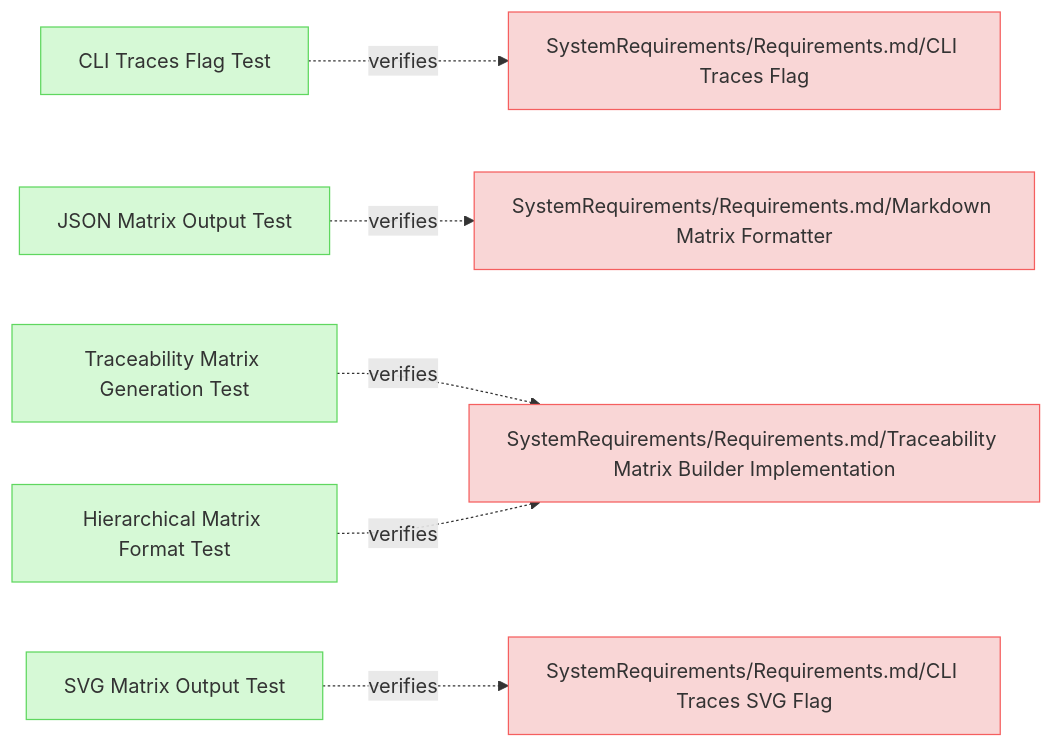
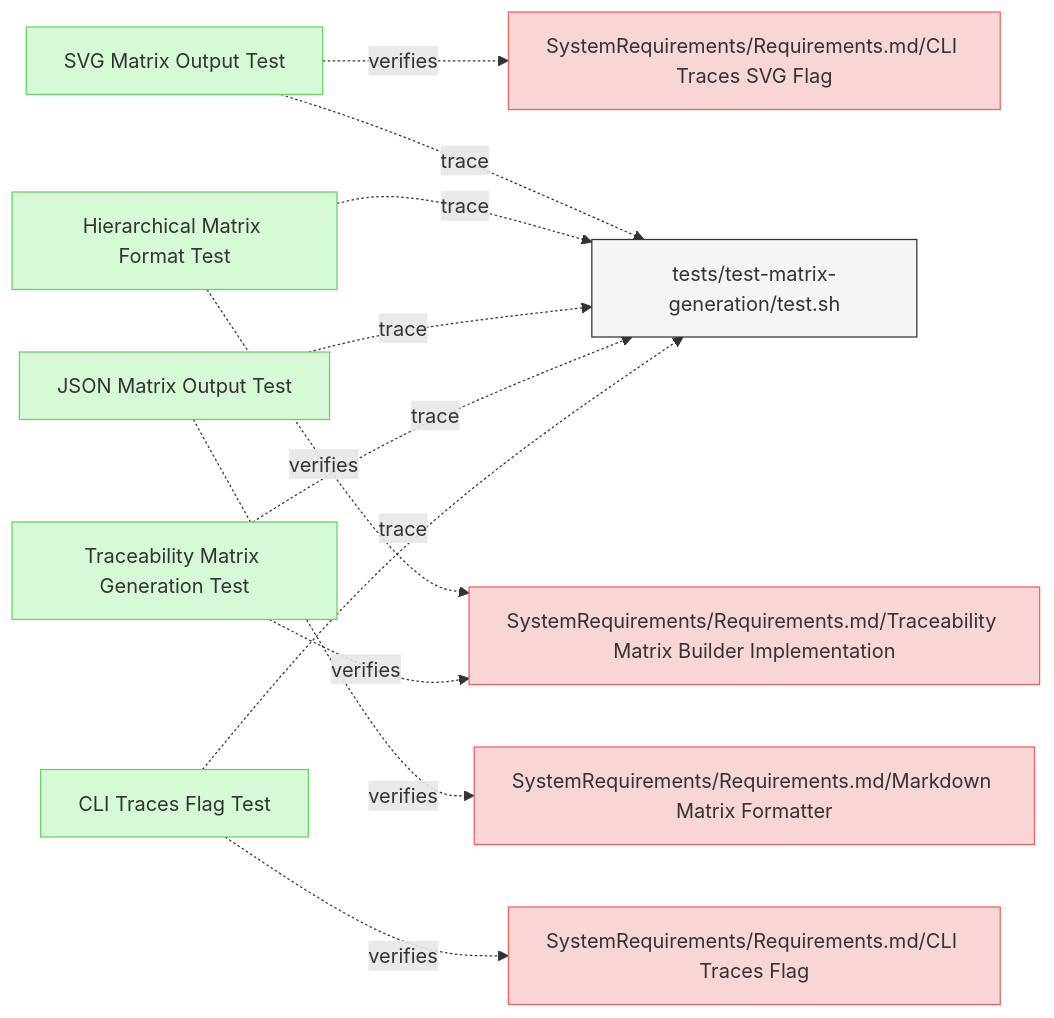
The diagram in specifications/Verifications/TreacibilityMatrix.md (reqvire-org/reqvire), drawn with Mermaid before and after one commit. The commit also changed 56 other files, not shown here.

````diff
--- a/specifications/Verifications/TreacibilityMatrix.md
+++ b/specifications/Verifications/TreacibilityMatrix.md
@@ -6,41 +6,49 @@
 ```mermaid
 graph LR;
   %% Graph styling
   classDef requirement fill:#f9d6d6,stroke:#f55f5f,stroke-width:1px;
   classDef verification fill:#d6f9d6,stroke:#5fd75f,stroke-width:1px;
   classDef externalLink fill:#d0e0ff,stroke:#3080ff,stroke-width:1px;
   classDef default fill:#f5f5f5,stroke:#333333,stroke-width:1px;
 
+  7d354a1a2d95e7df["SVG Matrix Output Test"];
+  click 7d354a1a2d95e7df "https://github.com/ilijaljubicic/ReqFlow/blob/29a17f176519a28e973567d4102beb95f41075ed/specifications/Verifications/TreacibilityMatrix.md#svg-matrix-output-test";
+  class 7d354a1a2d95e7df verification;
+  1ffba11189b9b4c8["SystemRequirements/Requirements.md/CLI Traces SVG Flag"];
+  class 1ffba11189b9b4c8 requirement;
+  click 1ffba11189b9b4c8 "https://github.com/ilijaljubicic/ReqFlow/blob/29a17f176519a28e973567d4102beb95f41075ed/specifications/SystemRequirements/Requirements.md#cli-traces-svg-flag";
+  7d354a1a2d95e7df -.->|verifies| 1ffba11189b9b4c8;
+  aff73dbcfd69f934["tests/test-matrix-generation/test.sh"];
+  class aff73dbcfd69f934 default;
+  click aff73dbcfd69f934 "https://github.com/ilijaljubicic/ReqFlow/blob/29a17f176519a28e973567d4102beb95f41075ed/tests/test-matrix-generation/test.sh";
+  7d354a1a2d95e7df -.->|trace| aff73dbcfd69f934;
+  3428f775a68e0b22["Hierarchical Matrix Format Test"];
+  click 3428f775a68e0b22 "https://github.com/ilijaljubicic/ReqFlow/blob/29a17f176519a28e973567d4102beb95f41075ed/specifications/Verifications/TreacibilityMatrix.md#hierarchical-matrix-format-test";
+  class 3428f775a68e0b22 verification;
+  5eca866a0338e0fe["SystemRequirements/Requirements.md/Traceability Matrix Builder Implementation"];
+  class 5eca866a0338e0fe requirement;
+  click 5eca866a0338e0fe "https://github.com/ilijaljubicic/ReqFlow/blob/29a17f176519a28e973567d4102beb95f41075ed/specifications/SystemRequirements/Requirements.md#traceability-matrix-builder-implementation";
+  3428f775a68e0b22 -.->|verifies| 5eca866a0338e0fe;
+  3428f775a68e0b22 -.->|trace| aff73dbcfd69f934;
+  8014a4337e7a9647["JSON Matrix Output Test"];
+  click 8014a4337e7a9647 "https://github.com/ilijaljubicic/ReqFlow/blob/29a17f176519a28e973567d4102beb95f41075ed/specifications/Verifications/TreacibilityMatrix.md#json-matrix-output-test";
+  class 8014a4337e7a9647 verification;
+  d7e5fbf806d650d9["SystemRequirements/Requirements.md/Markdown Matrix Formatter"];
+  class d7e5fbf806d650d9 requirement;
+  click d7e5fbf806d650d9 "https://github.com/ilijaljubicic/ReqFlow/blob/29a17f176519a28e973567d4102beb95f41075ed/specifications/SystemRequirements/Requirements.md#markdown-matrix-formatter";
+  8014a4337e7a9647 -.->|verifies| d7e5fbf806d650d9;
+  8014a4337e7a9647 -.->|trace| aff73dbcfd69f934;
+  8068778416bcd8a2["Traceability Matrix Generation Test"];
+  click 8068778416bcd8a2 "https://github.com/ilijaljubicic/ReqFlow/blob/29a17f176519a28e973567d4102beb95f41075ed/specifications/Verifications/TreacibilityMatrix.md#traceability-matrix-generation-test";
+  class 8068778416bcd8a2 verification;
+  8068778416bcd8a2 -.->|verifies| 5eca866a0338e0fe;
+  8068778416bcd8a2 -.->|trace| aff73dbcfd69f934;
   462edeec749b84ff["CLI Traces Flag Test"];
-  click 462edeec749b84ff "https://github.com/ilijaljubicic/ReqFlow/blob/6f3ed4304fabde66df0518ecefe2373d35e3a3a8/specifications/Verifications/TreacibilityMatrix.md#cli-traces-flag-test";
+  click 462edeec749b84ff "https://github.com/ilijaljubicic/ReqFlow/blob/29a17f176519a28e973567d4102beb95f41075ed/specifications/Verifications/TreacibilityMatrix.md#cli-traces-flag-test";
   class 462edeec749b84ff verification;
   438a74e06c98c101["SystemRequirements/Requirements.md/CLI Traces Flag"];
   class 438a74e06c98c101 requirement;
-  click 438a74e06c98c101 "https://github.com/ilijaljubicic/ReqFlow/blob/6f3ed4304fabde66df0518ecefe2373d35e3a3a8/specifications/SystemRequirements/Requirements.md#cli-traces-flag";
+  click 438a74e06c98c101 "https://github.com/ilijaljubicic/ReqFlow/blob/29a17f176519a28e973567d4102beb95f41075ed/specifications/SystemRequirements/Requirements.md#cli-traces-flag";
   462edeec749b84ff -.->|verifies| 438a74e06c98c101;
-  8014a4337e7a9647["JSON Matrix Output Test"];
-  click 8014a4337e7a9647 "https://github.com/ilijaljubicic/ReqFlow/blob/6f3ed4304fabde66df0518ecefe2373d35e3a3a8/specifications/Verifications/TreacibilityMatrix.md#json-matrix-output-test";
-  class 8014a4337e7a9647 verification;
-  d7e5fbf806d650d9["SystemRequirements/Requirements.md/Markdown Matrix Formatter"];
-  class d7e5fbf806d650d9 requirement;
-  click d7e5fbf806d650d9 "https://github.com/ilijaljubicic/ReqFlow/blob/6f3ed4304fabde66df0518ecefe2373d35e3a3a8/specifications/SystemRequirements/Requirements.md#markdown-matrix-formatter";
-  8014a4337e7a9647 -.->|verifies| d7e5fbf806d650d9;
-  8068778416bcd8a2["Traceability Matrix Generation Test"];
-  click 8068778416bcd8a2 "https://github.com/ilijaljubicic/ReqFlow/blob/6f3ed4304fabde66df0518ecefe2373d35e3a3a8/specifications/Verifications/TreacibilityMatrix.md#traceability-matrix-generation-test";
-  class 8068778416bcd8a2 verification;
-  5eca866a0338e0fe["SystemRequirements/Requirements.md/Traceability Matrix Builder Implementation"];
-  class 5eca866a0338e0fe requirement;
-  click 5eca866a0338e0fe "https://github.com/ilijaljubicic/ReqFlow/blob/6f3ed4304fabde66df0518ecefe2373d35e3a3a8/specifications/SystemRequirements/Requirements.md#traceability-matrix-builder-implementation";
-  8068778416bcd8a2 -.->|verifies| 5eca866a0338e0fe;
-  3428f775a68e0b22["Hierarchical Matrix Format Test"];
-  click 3428f775a68e0b22 "https://github.com/ilijaljubicic/ReqFlow/blob/6f3ed4304fabde66df0518ecefe2373d35e3a3a8/specifications/Verifications/TreacibilityMatrix.md#hierarchical-matrix-format-test";
-  class 3428f775a68e0b22 verification;
-  3428f775a68e0b22 -.->|verifies| 5eca866a0338e0fe;
-  7d354a1a2d95e7df["SVG Matrix Output Test"];
-  click 7d354a1a2d95e7df "https://github.com/ilijaljubicic/ReqFlow/blob/6f3ed4304fabde66df0518ecefe2373d35e3a3a8/specifications/Verifications/TreacibilityMatrix.md#svg-matrix-output-test";
-  class 7d354a1a2d95e7df verification;
-  1ffba11189b9b4c8["SystemRequirements/Requirements.md/CLI Traces SVG Flag"];
-  class 1ffba11189b9b4c8 requirement;
-  click 1ffba11189b9b4c8 "https://github.com/ilijaljubicic/ReqFlow/blob/6f3ed4304fabde66df0518ecefe2373d35e3a3a8/specifications/SystemRequirements/Requirements.md#cli-traces-svg-flag";
-  7d354a1a2d95e7df -.->|verifies| 1ffba11189b9b4c8;
+  462edeec749b84ff -.->|trace| aff73dbcfd69f934;
 ```
````
